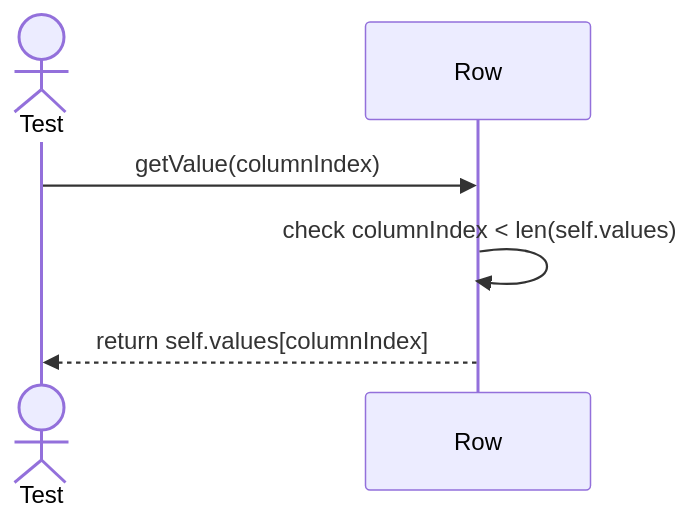
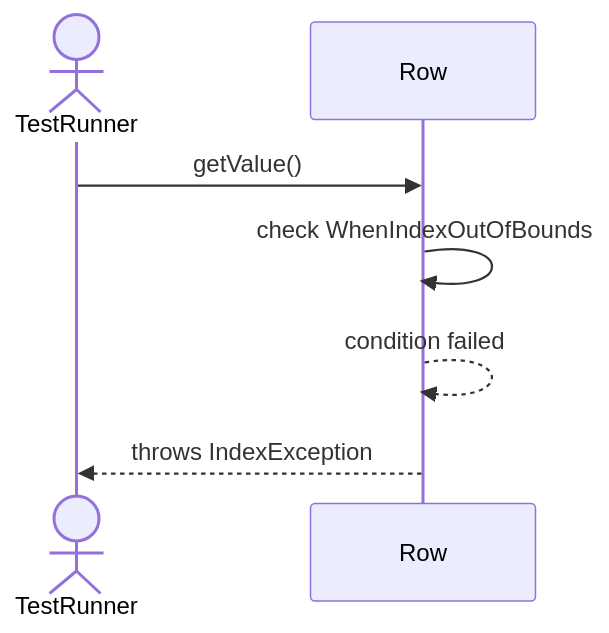
Before and after one commit to TamBui1706/DBMS: the third of 7 diagrams in Sequences/DatabaseObjectManagement/Row.md, drawn with Mermaid. The commit also changed other lines of this file and 63 other files, not shown here.

Commit message:
Draw sequence diagram for unit tests

````diff
--- a/Sequences/DatabaseObjectManagement/Row.md
+++ b/Sequences/DatabaseObjectManagement/Row.md
@@ -27,9 +45,9 @@
 ```mermaid
 sequenceDiagram
-    actor Test
+    actor TestRunner
     participant Row
-
-    Test->>Row: getValue(columnIndex)
-    Row->>Row: check columnIndex < len(self.values)
-    Row-->>Test: return self.values[columnIndex]
+    TestRunner->>Row: getValue()
+    Row->>Row: check WhenIndexOutOfBounds
+    Row-->>Row: condition failed
+    Row-->>TestRunner: throws IndexException
 ```
````
